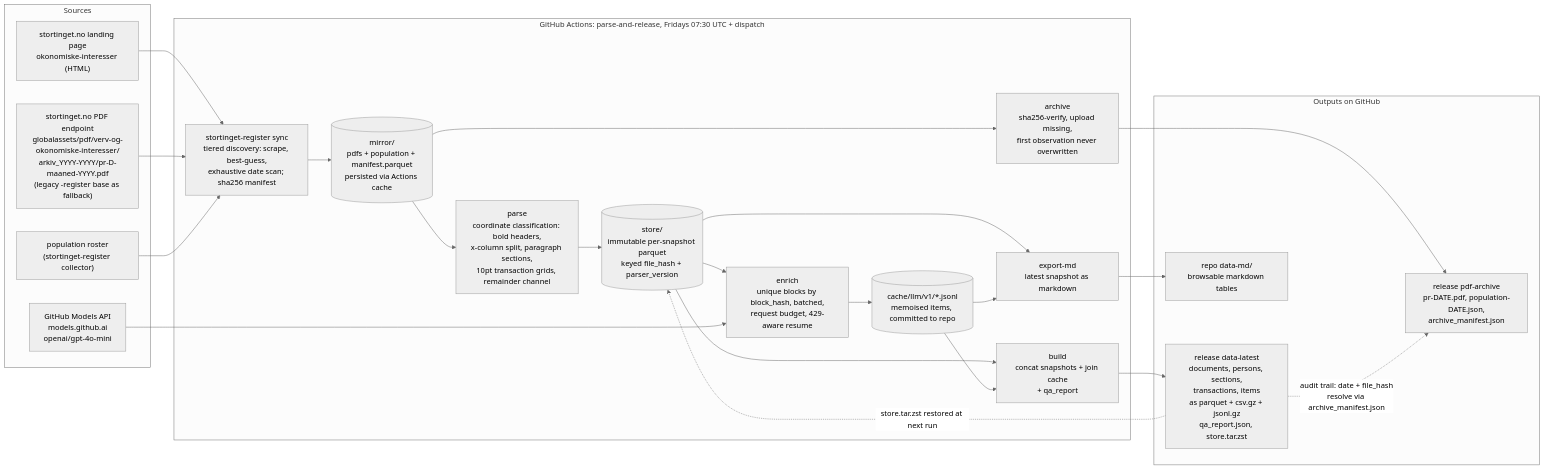
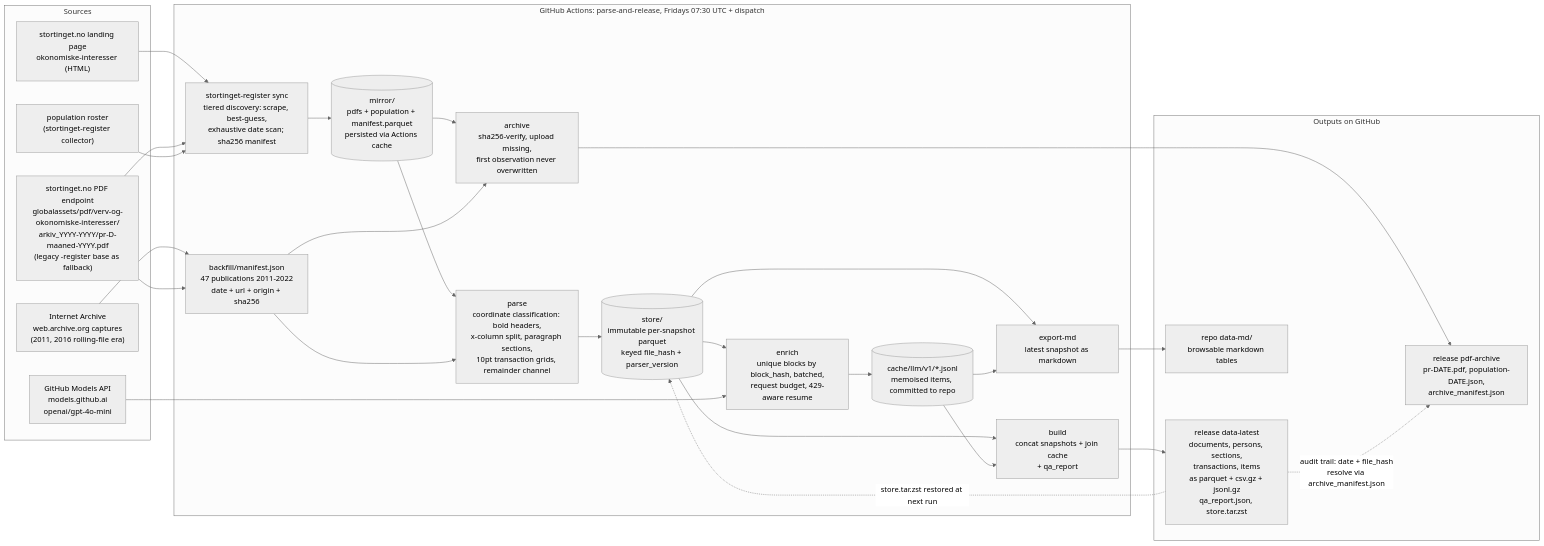
One commit to sondreskarsten/stortingsverv-parser changed the diagram in README.md. Above: the diagram before and after it, drawn with Mermaid (neutral theme). The commit also changed other lines of this file and 3 other files, not shown here.

Commit message:
docs: provenance era map 2009-2026; diagram gains backfill path; tests for manifest and markdown; 0.2.0

````diff
--- a/README.md
+++ b/README.md
@@ -34,47 +38,53 @@
 ```mermaid
 flowchart LR
   subgraph SRC["Sources"]
     LP["stortinget.no landing page<br/>okonomiske-interesser (HTML)"]
     PDFS["stortinget.no PDF endpoint<br/>globalassets/pdf/verv-og-okonomiske-interesser/<br/>arkiv_YYYY-YYYY/pr-D-maaned-YYYY.pdf<br/>(legacy -register base as fallback)"]
+    WBK["Internet Archive<br/>web.archive.org captures<br/>(2011, 2016 rolling-file era)"]
     POP["population roster<br/>(stortinget-register collector)"]
     GHM["GitHub Models API<br/>models.github.ai<br/>openai/gpt-4o-mini"]
   end
 
   subgraph RUN["GitHub Actions: parse-and-release, Fridays 07:30 UTC + dispatch"]
+    BF["backfill/manifest.json<br/>47 publications 2011-2022<br/>date + url + origin + sha256"]
     SYNC["stortinget-register sync<br/>tiered discovery: scrape, best-guess,<br/>exhaustive date scan; sha256 manifest"]
     MIR[("mirror/<br/>pdfs + population + manifest.parquet<br/>persisted via Actions cache")]
     ARC["archive<br/>sha256-verify, upload missing,<br/>first observation never overwritten"]
     PARSE["parse<br/>coordinate classification: bold headers,<br/>x-column split, paragraph sections,<br/>10pt transaction grids, remainder channel"]
     STORE[("store/<br/>immutable per-snapshot parquet<br/>keyed file_hash + parser_version")]
     ENR["enrich<br/>unique blocks by block_hash, batched,<br/>request budget, 429-aware resume"]
     CACHE[("cache/llm/v1/*.jsonl<br/>memoised items, committed to repo")]
     BUILD["build<br/>concat snapshots + join cache<br/>+ qa_report"]
     MD["export-md<br/>latest snapshot as markdown"]
   end
 
   subgraph OUT["Outputs on GitHub"]
     REL1["release data-latest<br/>documents, persons, sections,<br/>transactions, items<br/>as parquet + csv.gz + jsonl.gz<br/>qa_report.json, store.tar.zst"]
     REL2["release pdf-archive<br/>pr-DATE.pdf, population-DATE.json,<br/>archive_manifest.json"]
     DMD["repo data-md/<br/>browsable markdown tables"]
   end
 
   LP --> SYNC
   PDFS --> SYNC
+  WBK --> BF
+  PDFS --> BF
   POP --> SYNC
   SYNC --> MIR
   MIR --> ARC
   ARC --> REL2
   MIR --> PARSE
   PARSE --> STORE
+  BF --> PARSE
+  BF --> ARC
   STORE --> ENR
   GHM --> ENR
   ENR --> CACHE
   STORE --> BUILD
   CACHE --> BUILD
   BUILD --> REL1
   STORE --> MD
   CACHE --> MD
   MD --> DMD
   REL1 -. "store.tar.zst restored at next run" .-> STORE
   REL1 -. "audit trail: date + file_hash<br/>resolve via archive_manifest.json" .-> REL2
 ```
````
